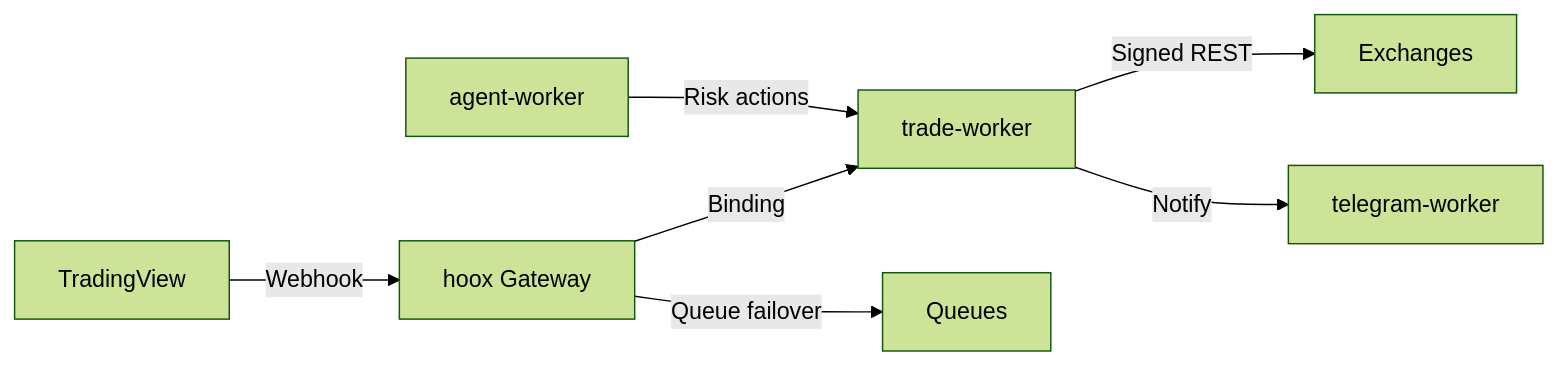
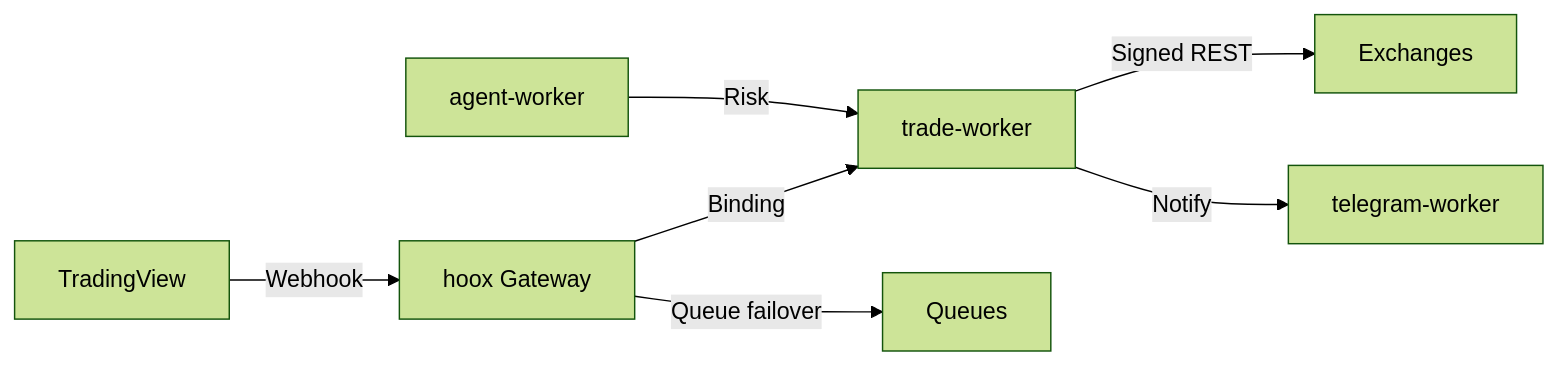
The diagram in README.md (jango-blockchained/hoox-setup), drawn with Mermaid (forest theme) before and after one commit. The commit also changed other lines of this file, not shown here.

````diff
--- a/README.md
+++ b/README.md
@@ -117,9 +266,9 @@
 ```mermaid
 graph LR
   TV[TradingView] -->|Webhook| GW[hoox Gateway]
   GW -->|Binding| TW[trade-worker]
   GW -->|Queue failover| Q[Queues]
   TW -->|Signed REST| EX[Exchanges]
-  AW[agent-worker] -->|Risk actions| TW
+  AW[agent-worker] -->|Risk| TW
   TW -->|Notify| TGW[telegram-worker]
 ```
````
